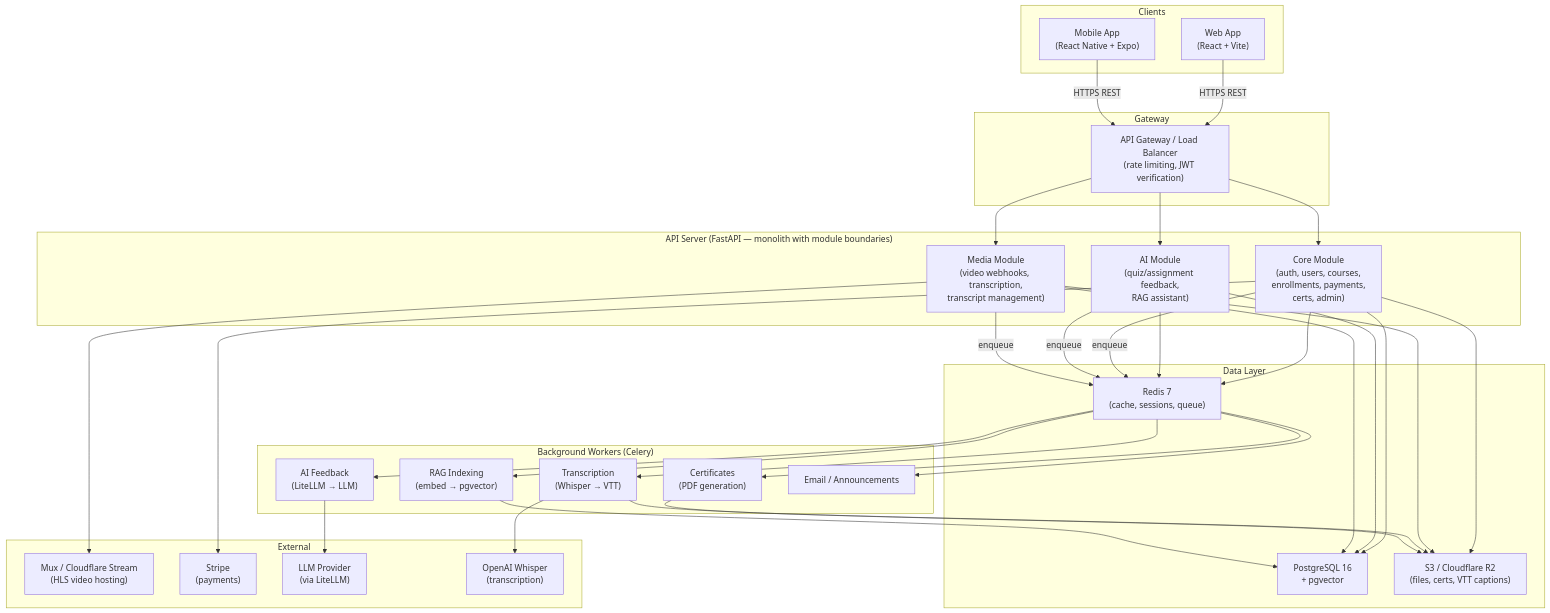
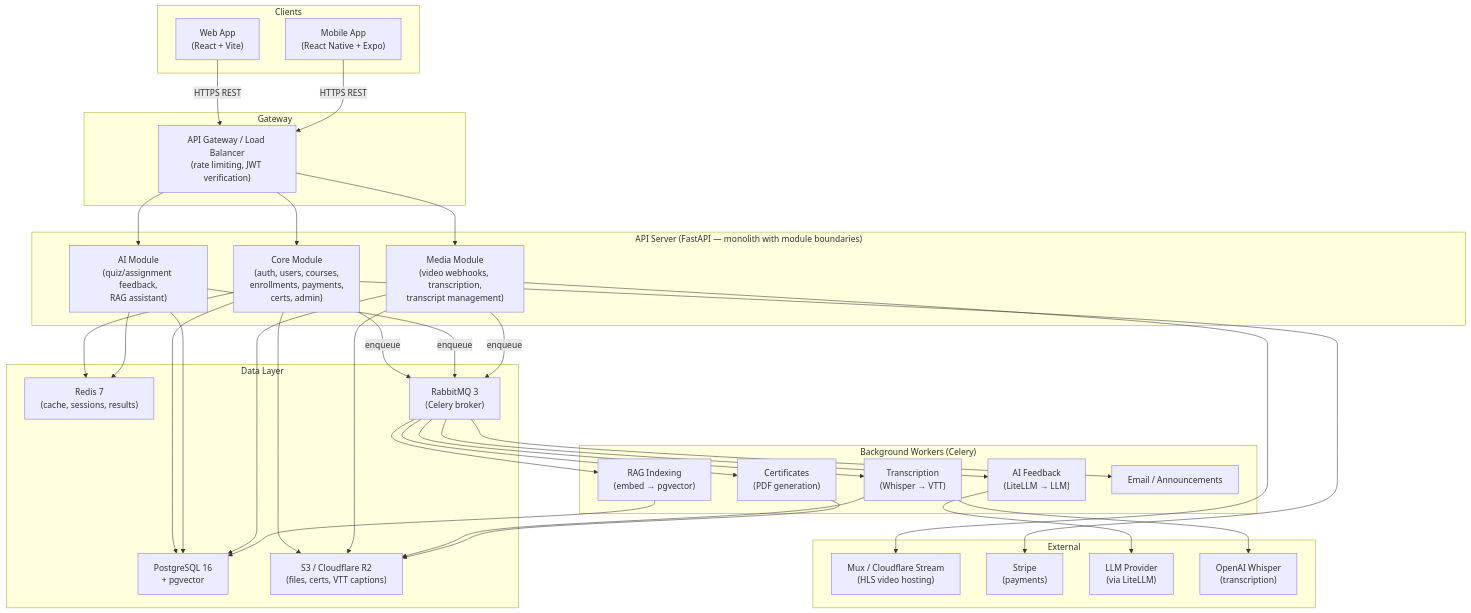
One commit to ndgldmr/xoxoedu changed the diagram in README.md. Above: the diagram before and after it, drawn with Mermaid. The commit also changed other lines of this file and 1 other file, not shown here.

Commit message:
docs: correct RabbitMQ as Celery broker in architecture diagrams and tech stack tables

````diff
--- a/README.md
+++ b/README.md
@@ -24,66 +24,67 @@
 ```mermaid
 graph TD
     subgraph Clients
         WEB["Web App\n(React + Vite)"]
         MOB["Mobile App\n(React Native + Expo)"]
     end
 
     subgraph Gateway
         LB["API Gateway / Load Balancer\n(rate limiting, JWT verification)"]
     end
 
     subgraph API ["API Server (FastAPI — monolith with module boundaries)"]
         CORE["Core Module\n(auth, users, courses,\nenrollments, payments,\ncerts, admin)"]
         AI["AI Module\n(quiz/assignment feedback,\nRAG assistant)"]
         MEDIA["Media Module\n(video webhooks, transcription,\ntranscript management)"]
     end
 
     subgraph Data ["Data Layer"]
         PG["PostgreSQL 16\n+ pgvector"]
-        REDIS["Redis 7\n(cache, sessions, queue)"]
+        REDIS["Redis 7\n(cache, sessions, results)"]
+        RABBIT["RabbitMQ 3\n(Celery broker)"]
         S3["S3 / Cloudflare R2\n(files, certs, VTT captions)"]
     end
 
     subgraph Workers ["Background Workers (Celery)"]
         W1["Transcription\n(Whisper → VTT)"]
         W2["AI Feedback\n(LiteLLM → LLM)"]
         W3["RAG Indexing\n(embed → pgvector)"]
         W4["Certificates\n(PDF generation)"]
         W5["Email / Announcements"]
     end
 
     subgraph External
         MUX["Mux / Cloudflare Stream\n(HLS video hosting)"]
         STRIPE["Stripe\n(payments)"]
         LLM["LLM Provider\n(via LiteLLM)"]
         WHISPER["OpenAI Whisper\n(transcription)"]
     end
 
     WEB -->|HTTPS REST| LB
     MOB -->|HTTPS REST| LB
     LB --> CORE
     LB --> AI
     LB --> MEDIA
     CORE --> PG
     CORE --> REDIS
     CORE --> S3
     AI --> PG
     AI --> REDIS
     MEDIA --> PG
     MEDIA --> S3
-    CORE -->|enqueue| REDIS
-    AI -->|enqueue| REDIS
-    MEDIA -->|enqueue| REDIS
-    REDIS --> W1
-    REDIS --> W2
-    REDIS --> W3
-    REDIS --> W4
-    REDIS --> W5
+    CORE -->|enqueue| RABBIT
+    AI -->|enqueue| RABBIT
+    MEDIA -->|enqueue| RABBIT
+    RABBIT --> W1
+    RABBIT --> W2
+    RABBIT --> W3
+    RABBIT --> W4
+    RABBIT --> W5
     W1 --> WHISPER
     W1 --> S3
     W2 --> LLM
     W3 --> PG
     W4 --> S3
     MEDIA --> MUX
     CORE --> STRIPE
 ```
````
